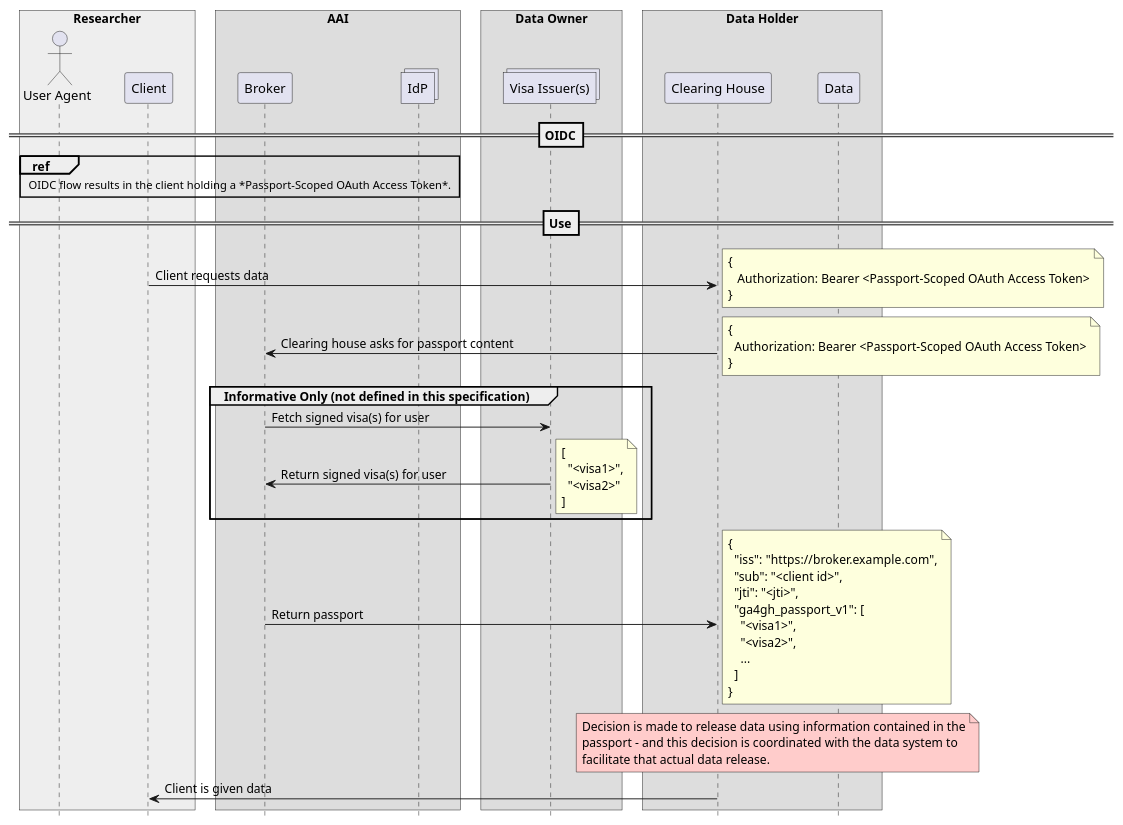
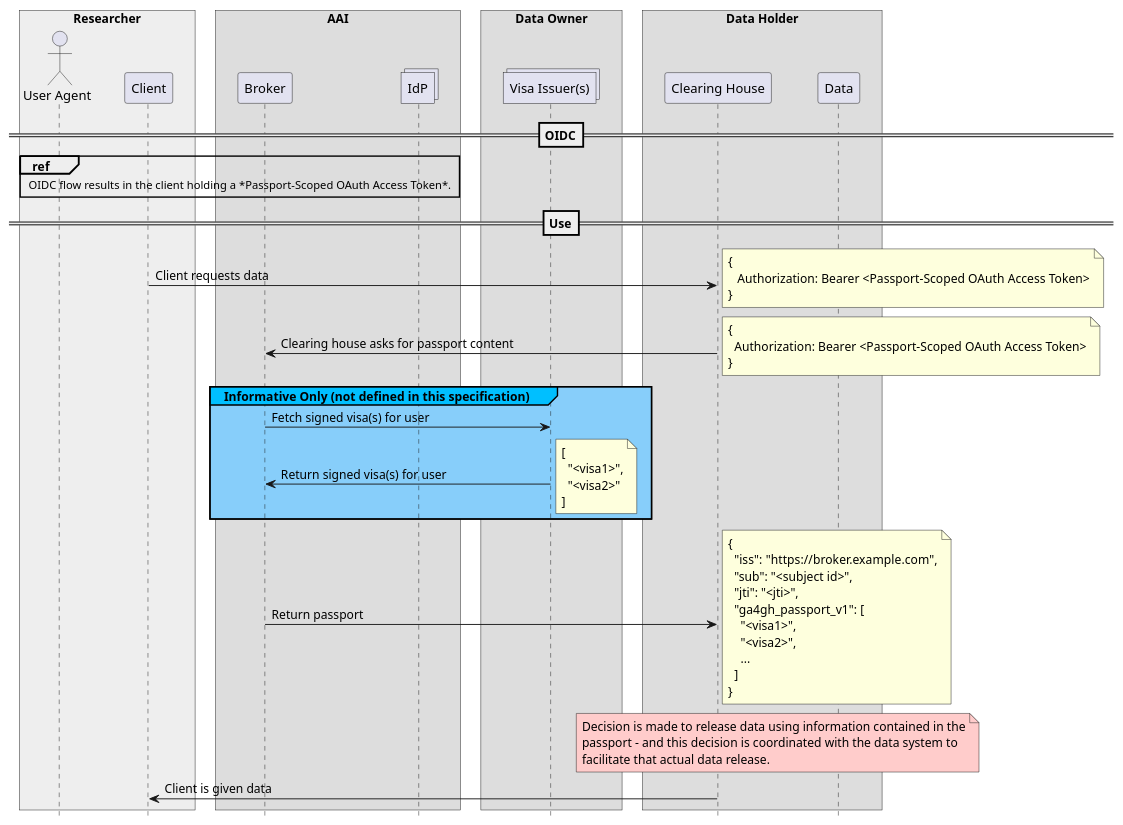
The first of 2 diagrams in AAI/AAIConnectProfile.md (ga4gh/data-security), drawn with PlantUML before and after one commit. The commit also changed other lines of this file, not shown here.

Commit message:
change colours

```diff
--- a/AAI/AAIConnectProfile.md
+++ b/AAI/AAIConnectProfile.md
@@ -831,83 +831,83 @@
 {% plantuml %}
 
 hide footbox
 skinparam BoxPadding 10
 skinparam ParticipantPadding 20
 
 box "Researcher"  #eee
 actor       "User Agent"                as user
 participant Client                      as client
 end box
 
 box "AAI"
 participant Broker                      as broker
 collections "IdP"                       as idps
 end box
 
 box "Data Owner"
 collections "Visa Issuer(s)"            as issuers
 end box
 
 box "Data Holder"
 participant "Clearing House"            as clearing
 participant "Data"                      as data
 end box
 
 ==OIDC==
 
 ref over user, client, broker, idps
 OIDC flow results in the client holding a *Passport-Scoped OAuth Access Token*.
 end ref
 
 ==Use==
 
 client -> clearing : Client requests data
 note right 
 {
    Authorization: Bearer <Passport-Scoped OAuth Access Token>
 }
 end note
 
 clearing -> broker : Clearing house asks for passport content
 note right 
 {
   Authorization: Bearer <Passport-Scoped OAuth Access Token>
 }
 end note
 
-group Informative Only (not defined in this specification)
+group#DeepSkyBlue #LightSkyBlue Informative Only (not defined in this specification)
     broker -> issuers : Fetch signed visa(s) for user
     broker <- issuers : Return signed visa(s) for user
     note right
     [
       "<visa1>",
       "<visa2>"
     ]
     end note
 end
 
 clearing <- broker : Return passport
 note right
 {
   "iss": "https://broker.example.com",
-  "sub": "<client id>",
+  "sub": "<subject id>",
   "jti": "<jti>",
   "ga4gh_passport_v1": [
     "<visa1>",
     "<visa2>",
     ...
   ]
 }
 end note
 
 
 note over clearing, data  #FFCCCB
 Decision is made to release data using information contained in the
 passport - and this decision is coordinated with the data system to
 facilitate that actual data release.
 end note
 
 client <- clearing : Client is given data
 
 
 {% endplantuml %}
```
